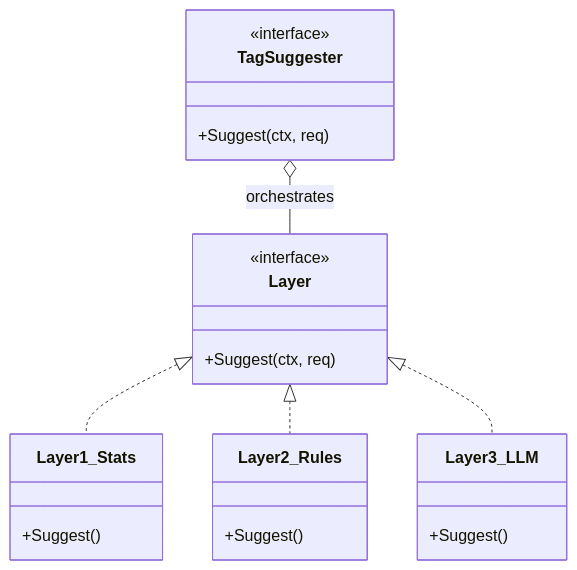
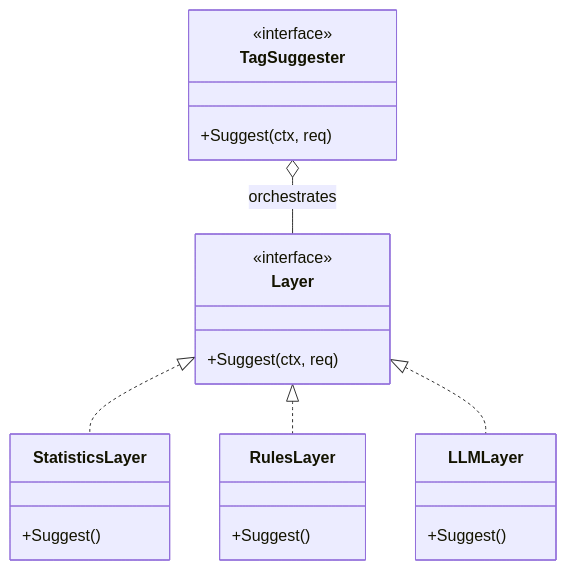
One commit to 88lin/divinesense changed the first of 2 diagrams in ai/tags/README.md. Above: the diagram before and after it, drawn with Mermaid. The commit also changed other lines of this file and 27 other files, not shown here.

````diff
--- a/ai/tags/README.md
+++ b/ai/tags/README.md
@@ -9,25 +9,25 @@
 ```mermaid
 classDiagram
     class TagSuggester {
         <<interface>>
         +Suggest(ctx, req)
     }
     class Layer {
         <<interface>>
         +Suggest(ctx, req)
     }
-    class Layer1_Stats {
+    class StatisticsLayer {
         +Suggest()
     }
-    class Layer2_Rules {
+    class RulesLayer {
         +Suggest()
     }
-    class Layer3_LLM {
+    class LLMLayer {
         +Suggest()
     }
-    
+
     TagSuggester o-- Layer : orchestrates
-    Layer <|.. Layer1_Stats
-    Layer <|.. Layer2_Rules
-    Layer <|.. Layer3_LLM
+    Layer <|.. StatisticsLayer
+    Layer <|.. RulesLayer
+    Layer <|.. LLMLayer
 ```
````
